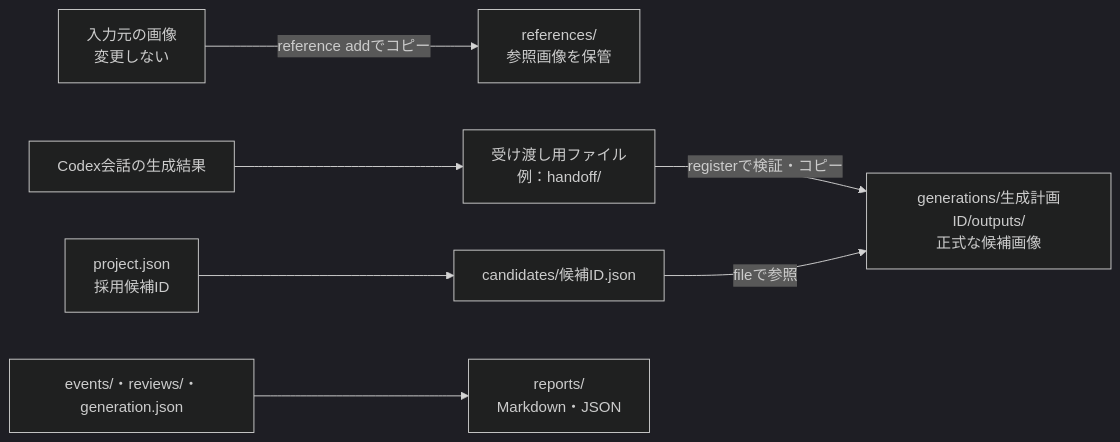
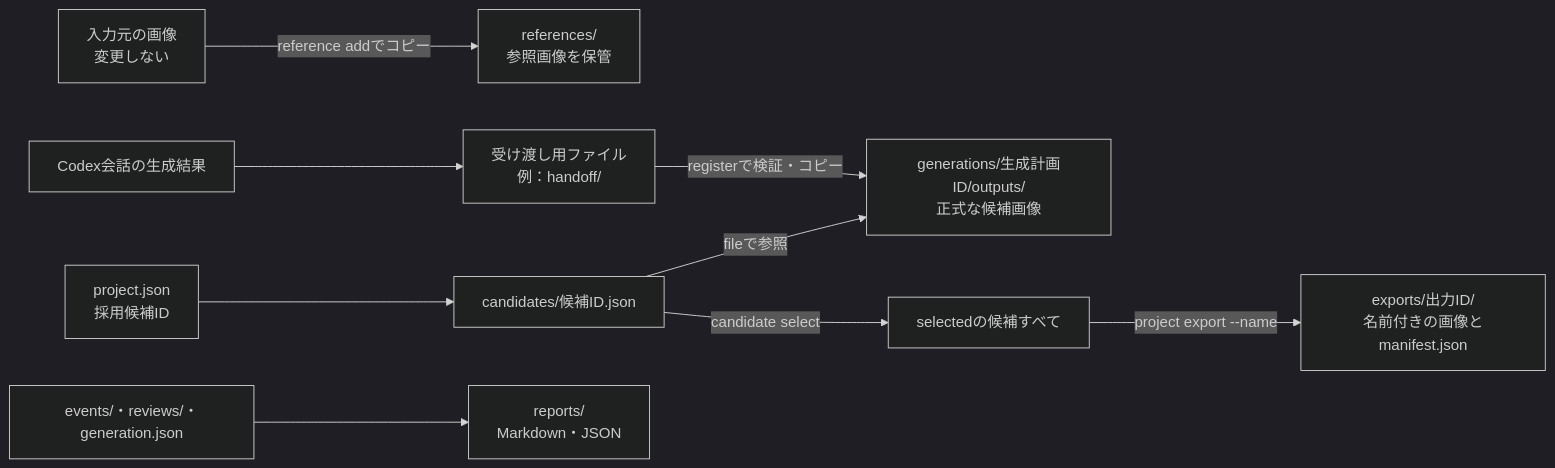
Before and after one commit to Friceballman/ImageCreatorHarness: the second of 2 diagrams in docs/operation-manual.md, drawn with Mermaid (dark theme). The commit also changed other lines of this file and 5 other files, not shown here.

````diff
--- a/docs/operation-manual.md
+++ b/docs/operation-manual.md
@@ -484,9 +507,11 @@
 ```mermaid
 flowchart LR
   A["入力元の画像<br>変更しない"] -->|reference addでコピー| B["references/<br>参照画像を保管"]
   C["Codex会話の生成結果"] --> D["受け渡し用ファイル<br>例：handoff/"]
   D -->|registerで検証・コピー| E["generations/生成計画ID/outputs/<br>正式な候補画像"]
   F["candidates/候補ID.json"] -->|fileで参照| E
   G["project.json<br>採用候補ID"] --> F
+  F -->|candidate select| J["selectedの候補すべて"]
+  J -->|project export --name| K["exports/出力ID/<br>名前付きの画像とmanifest.json"]
   H["events/・reviews/・generation.json"] --> I["reports/<br>Markdown・JSON"]
 ```
````
